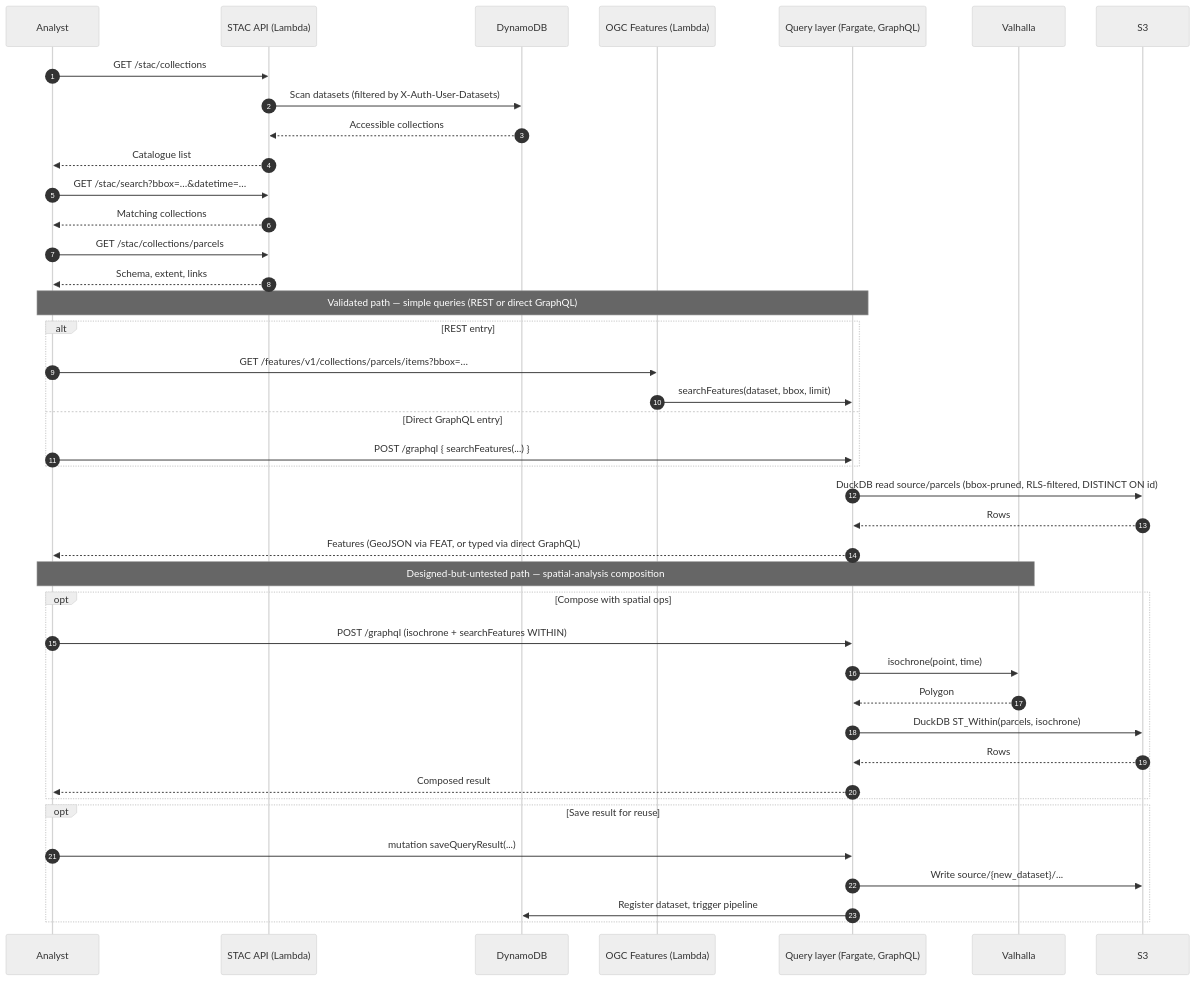
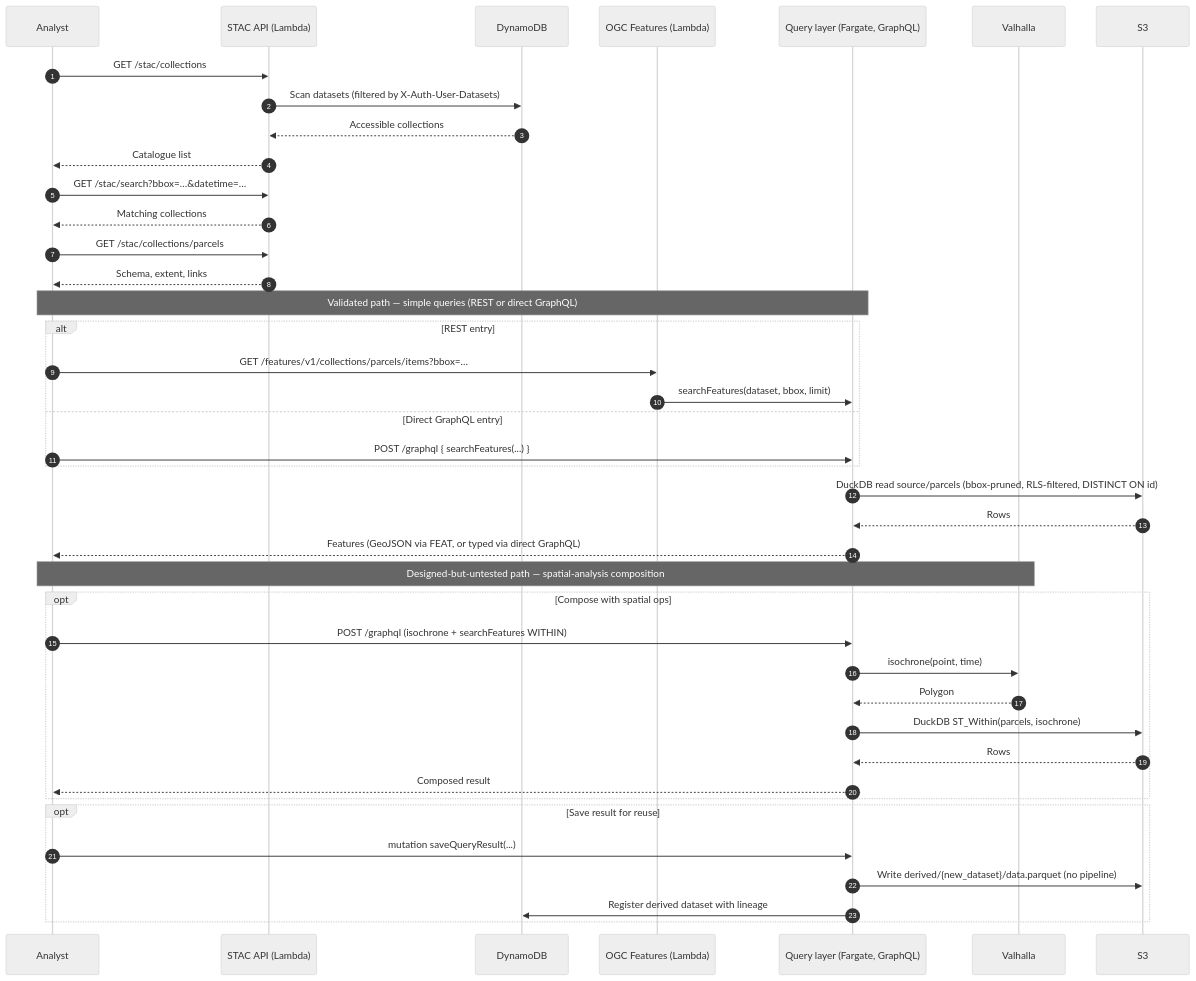
One commit to ericrmc/cloud-native-geospatial-design changed the first of 3 diagrams in content/10_DISCOVERY.md. Above: the diagram before and after it, drawn with Mermaid (neutral theme). The commit also changed other lines of this file and 14 other files, not shown here.

````diff
--- a/content/10_DISCOVERY.md
+++ b/content/10_DISCOVERY.md
@@ -179,46 +180,46 @@
 ```mermaid
 sequenceDiagram
     autonumber
     participant U as Analyst
     participant STAC as STAC API (Lambda)
     participant DDB as DynamoDB
     participant FEAT as OGC Features (Lambda)
     participant QL as Query layer (Fargate, GraphQL)
     participant VAL as Valhalla
     participant S3
 
     U->>STAC: GET /stac/collections
     STAC->>DDB: Scan datasets (filtered by X-Auth-User-Datasets)
     DDB-->>STAC: Accessible collections
     STAC-->>U: Catalogue list
     U->>STAC: GET /stac/search?bbox=…&datetime=…
     STAC-->>U: Matching collections
     U->>STAC: GET /stac/collections/parcels
     STAC-->>U: Schema, extent, links
 
     Note over U,QL: Validated path — simple queries (REST or direct GraphQL)
     alt REST entry
         U->>FEAT: GET /features/v1/collections/parcels/items?bbox=…
         FEAT->>QL: searchFeatures(dataset, bbox, limit)
     else Direct GraphQL entry
         U->>QL: POST /graphql { searchFeatures(...) }
     end
     QL->>S3: DuckDB read source/parcels (bbox-pruned, RLS-filtered, DISTINCT ON id)
     S3-->>QL: Rows
     QL-->>U: Features (GeoJSON via FEAT, or typed via direct GraphQL)
 
     Note over U,VAL: Designed-but-untested path — spatial-analysis composition
     opt Compose with spatial ops
         U->>QL: POST /graphql (isochrone + searchFeatures WITHIN)
         QL->>VAL: isochrone(point, time)
         VAL-->>QL: Polygon
         QL->>S3: DuckDB ST_Within(parcels, isochrone)
         S3-->>QL: Rows
         QL-->>U: Composed result
     end
     opt Save result for reuse
         U->>QL: mutation saveQueryResult(...)
-        QL->>S3: Write source/{new_dataset}/...
-        QL->>DDB: Register dataset, trigger pipeline
+        QL->>S3: Write derived/{new_dataset}/data.parquet (no pipeline)
+        QL->>DDB: Register derived dataset with lineage
     end
 ```
````
